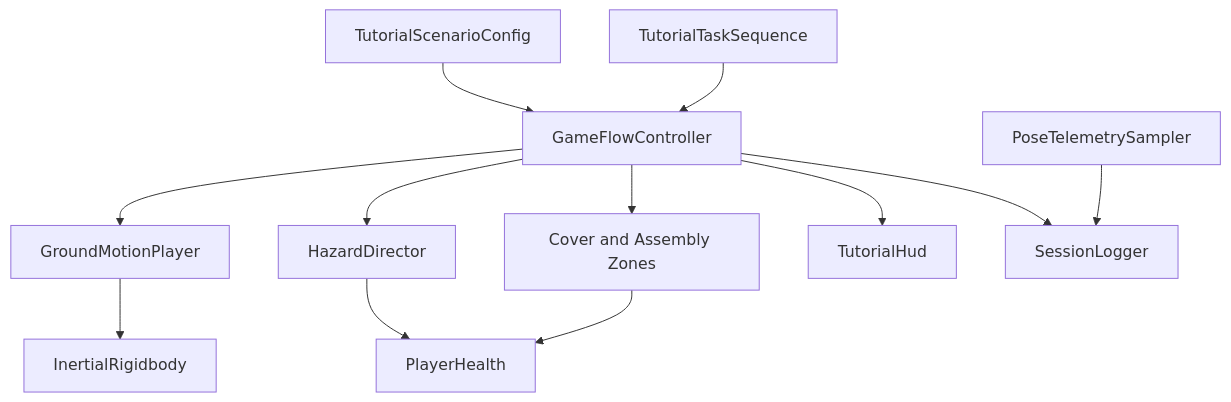
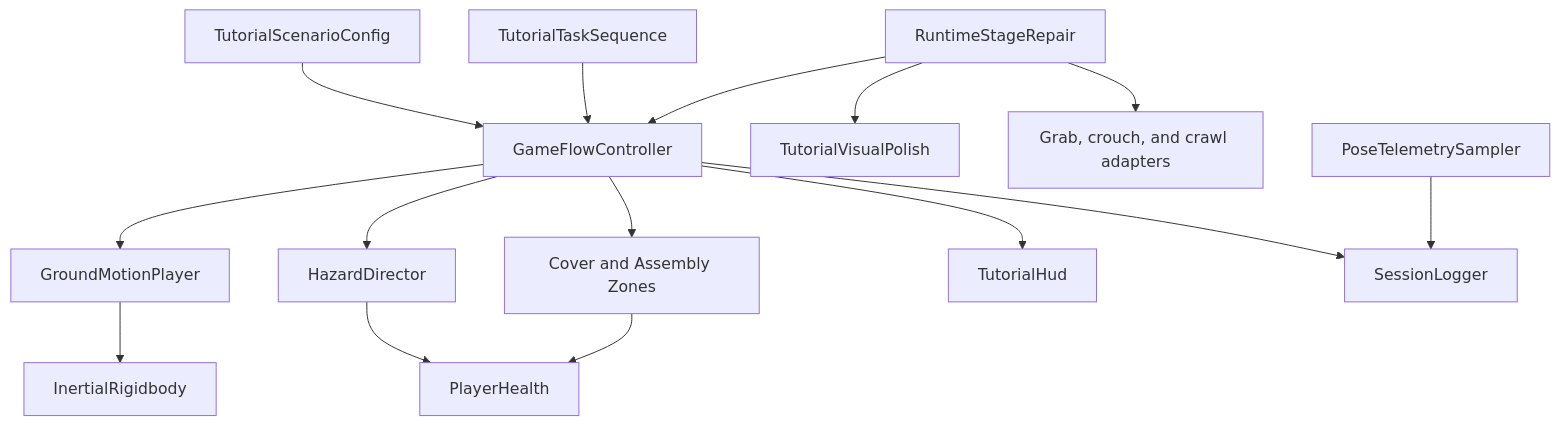
Before and after one commit to Garntachat/Virtual-Reality-on-Building-Earthquake-Evacuation: the diagram in docs/ARCHITECTURE.md, drawn with Mermaid. The commit also changed other lines of this file and 44 other files, not shown here.

````diff
--- a/docs/ARCHITECTURE.md
+++ b/docs/ARCHITECTURE.md
@@ -5,14 +9,17 @@
 ```mermaid
 flowchart TD
     Config[TutorialScenarioConfig] --> Flow[GameFlowController]
     Tasks[TutorialTaskSequence] --> Flow
     Flow --> Motion[GroundMotionPlayer]
     Flow --> Hazards[HazardDirector]
     Flow --> Zones[Cover and Assembly Zones]
     Flow --> HUD[TutorialHud]
     Flow --> Logger[SessionLogger]
+    Repair[RuntimeStageRepair] --> Flow
+    Repair --> Visuals[TutorialVisualPolish]
+    Repair --> Player[Grab, crouch, and crawl adapters]
     Motion --> Bodies[InertialRigidbody]
     Hazards --> Health[PlayerHealth]
     Zones --> Health
     Telemetry[PoseTelemetrySampler] --> Logger
 ```
````
